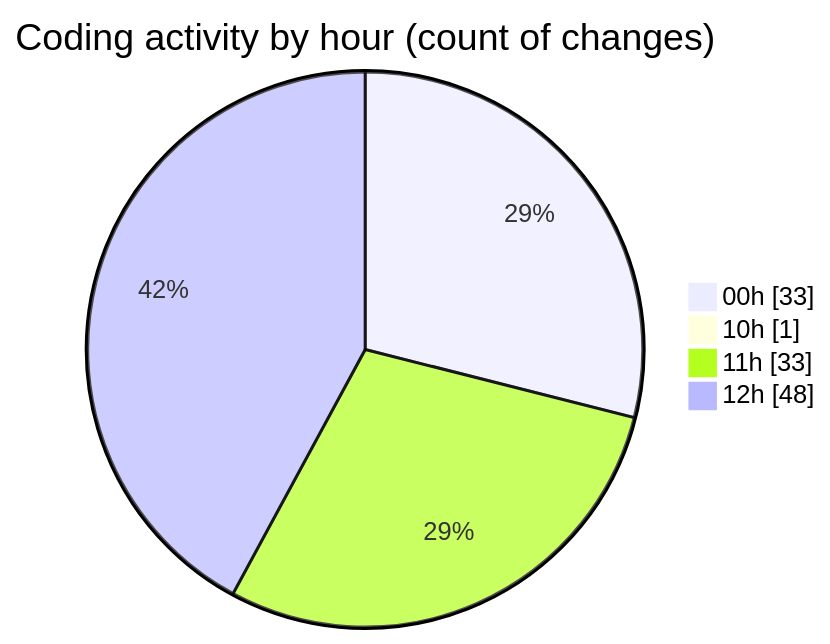
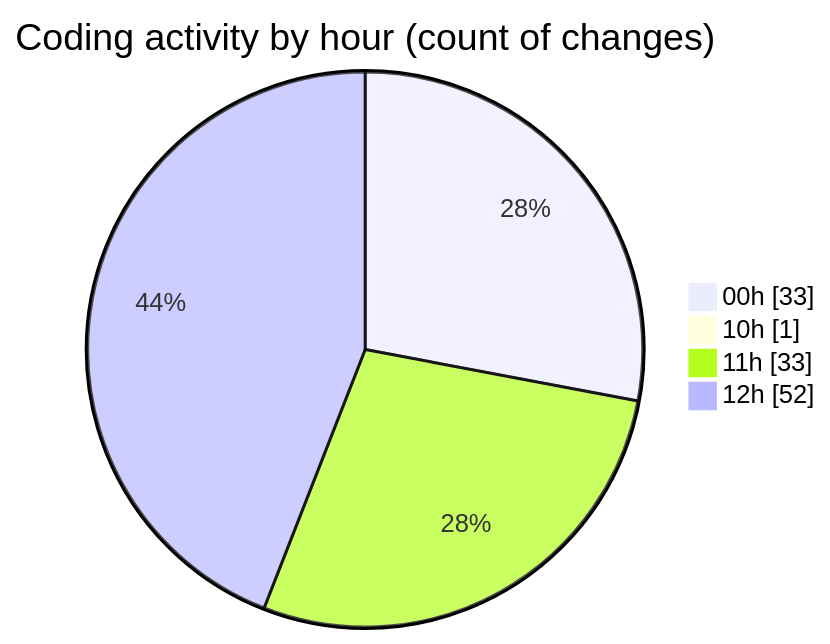
Before and after one commit to nxtqubesakshisongat/code-tracking: the second of 2 diagrams in 2025-08-10/nxtqube_webapp/README.md, drawn with Mermaid. The commit also changed other lines of this file and 1 other file, not shown here.

````diff
--- a/2025-08-10/nxtqube_webapp/README.md
+++ b/2025-08-10/nxtqube_webapp/README.md
@@ -30,8 +30,8 @@
 ```mermaid
 pie showData
 title Coding activity by hour (count of changes)
 "00h" : 33
 "10h" : 1
 "11h" : 33
-"12h" : 48
+"12h" : 52
 ```
````
